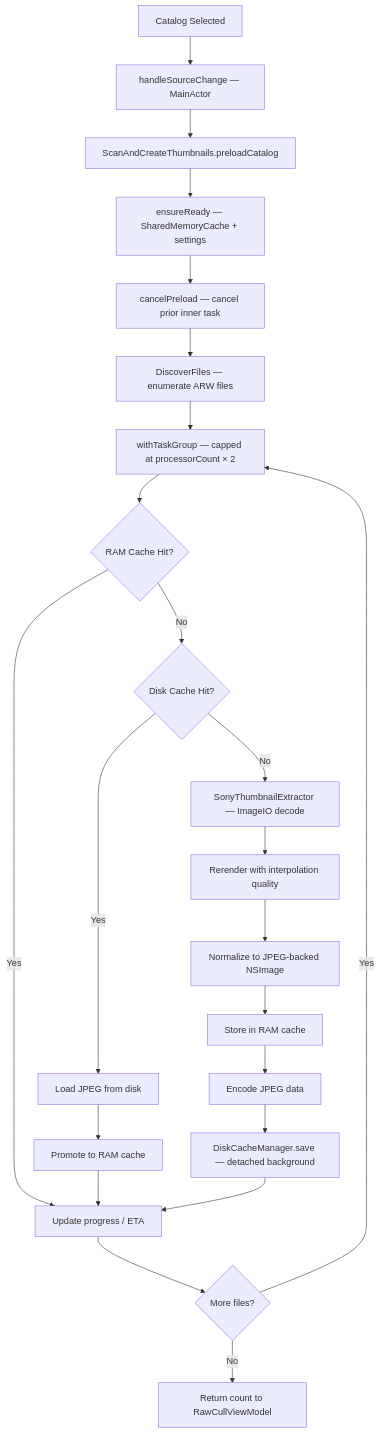
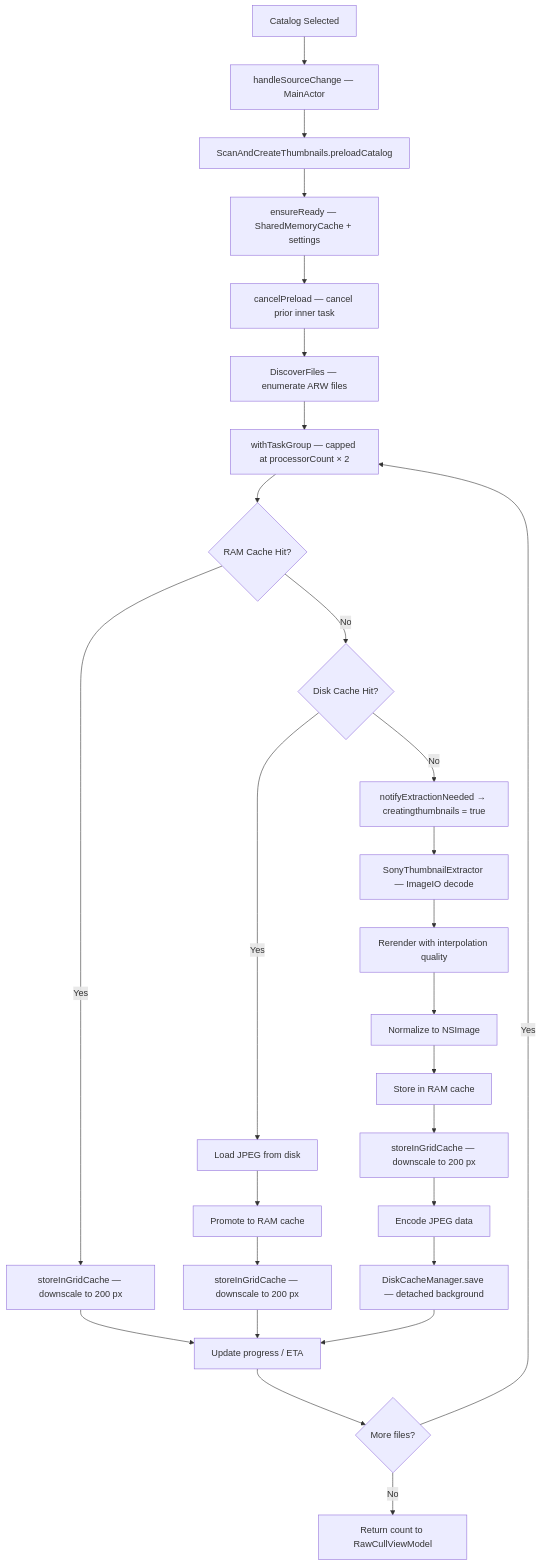
One commit to rsyncOSX/TechDocRawcull changed the first of 3 diagrams in content/en/docs/thumbnail.md. Above: the diagram before and after it, drawn with Mermaid. The commit also changed other lines of this file and 44 other files, not shown here.

````diff
--- a/content/en/docs/thumbnail.md
+++ b/content/en/docs/thumbnail.md
@@ -327,25 +360,29 @@
 ```mermaid
 flowchart TD
     A[Catalog Selected] --> B[handleSourceChange — MainActor]
     B --> C[ScanAndCreateThumbnails.preloadCatalog]
     C --> D[ensureReady — SharedMemoryCache + settings]
     D --> E[cancelPreload — cancel prior inner task]
     E --> F[DiscoverFiles — enumerate ARW files]
     F --> G[withTaskGroup — capped at processorCount × 2]
     G --> H{RAM Cache Hit?}
-    H -- Yes --> P[Update progress / ETA]
+    H -- Yes --> HG[storeInGridCache — downscale to 200 px]
+    HG --> P[Update progress / ETA]
     H -- No --> I{Disk Cache Hit?}
     I -- Yes --> J[Load JPEG from disk]
     J --> K[Promote to RAM cache]
-    K --> P
-    I -- No --> L[SonyThumbnailExtractor — ImageIO decode]
+    K --> KG[storeInGridCache — downscale to 200 px]
+    KG --> P
+    I -- No --> L2[notifyExtractionNeeded → creatingthumbnails = true]
+    L2 --> L[SonyThumbnailExtractor — ImageIO decode]
     L --> M[Rerender with interpolation quality]
-    M --> N[Normalize to JPEG-backed NSImage]
+    M --> N[Normalize to NSImage]
     N --> O[Store in RAM cache]
-    O --> Q[Encode JPEG data]
+    O --> OG[storeInGridCache — downscale to 200 px]
+    OG --> Q[Encode JPEG data]
     Q --> R[DiskCacheManager.save — detached background]
     R --> P
     P --> S{More files?}
     S -- Yes --> G
     S -- No --> T[Return count to RawCullViewModel]
 ```
````
